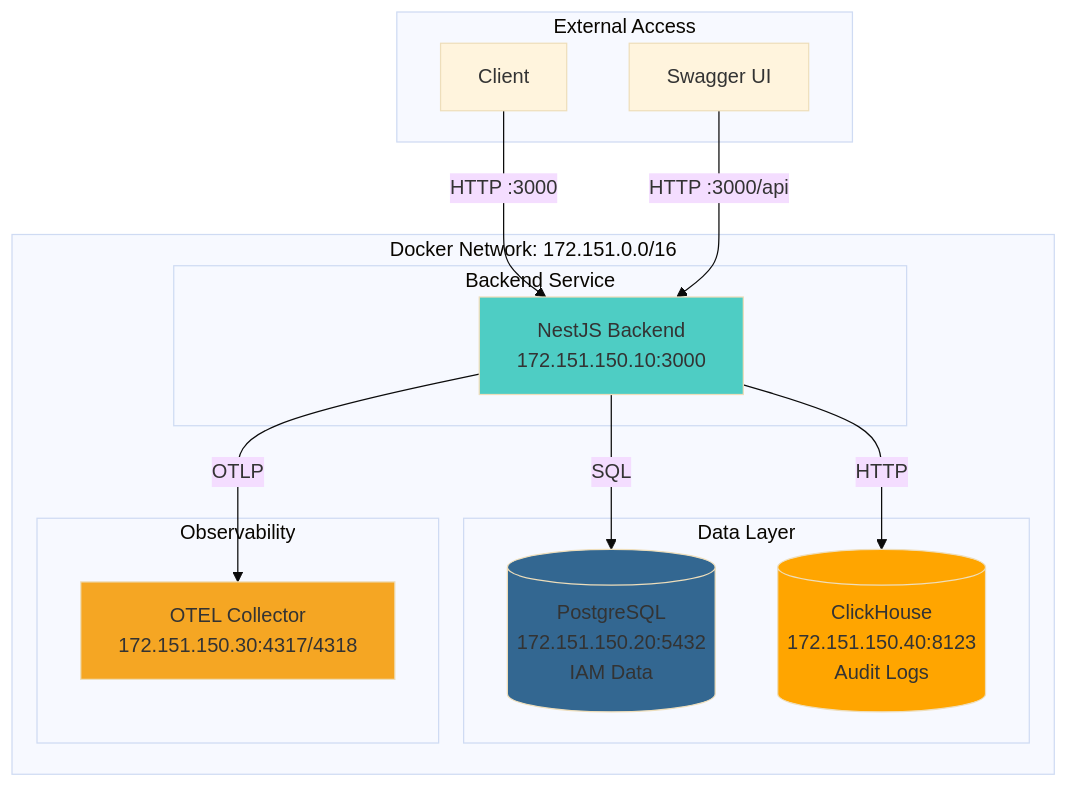
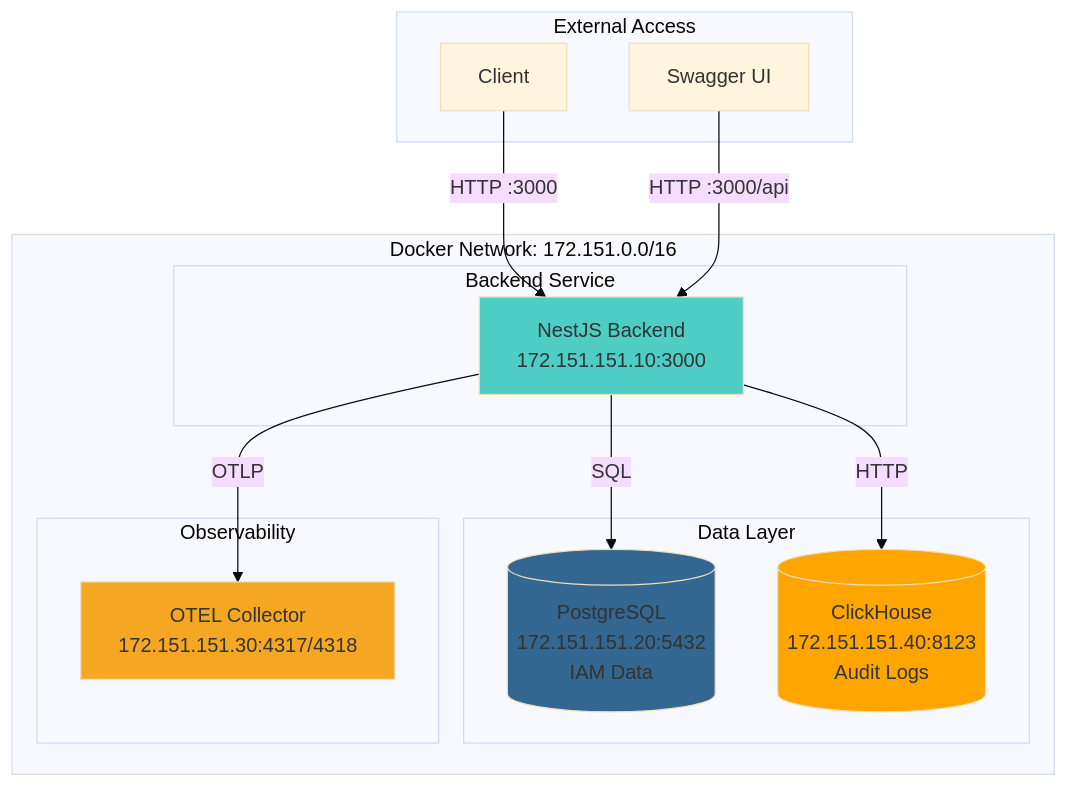
Diagram 18 of 26 in docs/CORE_MODULES.md (telemetryflow/telemetryflow-core), drawn with Mermaid (base theme) before and after one commit. The commit also changed 11 other files, not shown here.

````diff
--- a/docs/CORE_MODULES.md
+++ b/docs/CORE_MODULES.md
@@ -633,33 +633,33 @@
 ```mermaid
 graph TB
     subgraph "Docker Network: 172.151.0.0/16"
         subgraph "Backend Service"
-            BE[NestJS Backend<br/>172.151.150.10:3000]
+            BE[NestJS Backend<br/>172.151.151.10:3000]
         end
 
         subgraph "Data Layer"
-            PG[(PostgreSQL<br/>172.151.150.20:5432<br/>IAM Data)]
-            CH[(ClickHouse<br/>172.151.150.40:8123<br/>Audit Logs)]
+            PG[(PostgreSQL<br/>172.151.151.20:5432<br/>IAM Data)]
+            CH[(ClickHouse<br/>172.151.151.40:8123<br/>Audit Logs)]
         end
 
         subgraph "Observability"
-            OTEL[OTEL Collector<br/>172.151.150.30:4317/4318]
+            OTEL[OTEL Collector<br/>172.151.151.30:4317/4318]
         end
     end
 
     subgraph "External Access"
         Client[Client]
         Swagger[Swagger UI]
     end
 
     Client -->|HTTP :3000| BE
     Swagger -->|HTTP :3000/api| BE
     BE -->|SQL| PG
     BE -->|HTTP| CH
     BE -->|OTLP| OTEL
 
     style BE fill:#4ecdc4
     style PG fill:#336791
     style CH fill:#ffa500
     style OTEL fill:#f5a623
 ```
````
